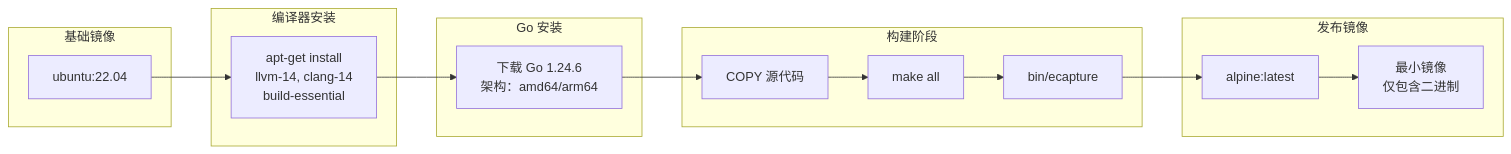
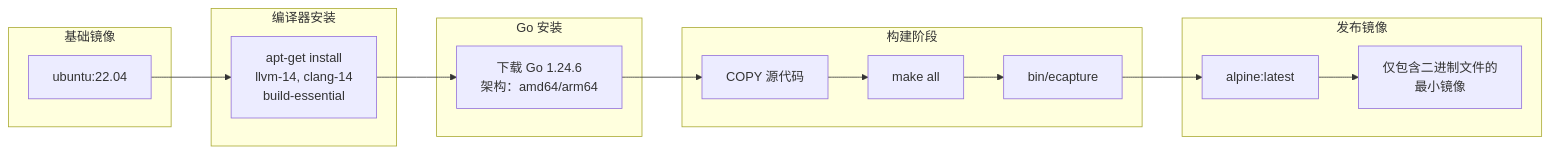
The ninth of 9 diagrams in src/zh/1-overview/1.3-dependencies-and-system-requirements.md (gojue/ecapture.cc), drawn with Mermaid before and after one commit. The commit also changed other lines of this file and 70 other files, not shown here.

Commit message:
feat: update sidebar and navigation links for architecture and shell command auditing sections

````diff
--- a/src/zh/1-overview/1.3-dependencies-and-system-requirements.md
+++ b/src/zh/1-overview/1.3-dependencies-and-system-requirements.md
@@ -434,33 +555,33 @@
 ```mermaid
 graph LR
     subgraph "基础镜像"
         UBUNTU["ubuntu:22.04"]
     end
     
     subgraph "编译器安装"
         COMPILERS["apt-get install<br/>llvm-14, clang-14<br/>build-essential"]
     end
     
     subgraph "Go 安装"
         GO_INSTALL["下载 Go 1.24.6<br/>架构：amd64/arm64"]
     end
     
     subgraph "构建阶段"
         COPY_SRC["COPY 源代码"]
         MAKE["make all"]
         BINARY["bin/ecapture"]
     end
     
     subgraph "发布镜像"
         ALPINE["alpine:latest"]
-        FINAL["最小镜像<br/>仅包含二进制"]
+        FINAL["仅包含二进制文件的<br/>最小镜像"]
     end
     
     UBUNTU --> COMPILERS
     COMPILERS --> GO_INSTALL
     GO_INSTALL --> COPY_SRC
     COPY_SRC --> MAKE
     MAKE --> BINARY
     BINARY --> ALPINE
     ALPINE --> FINAL
 ```
````
